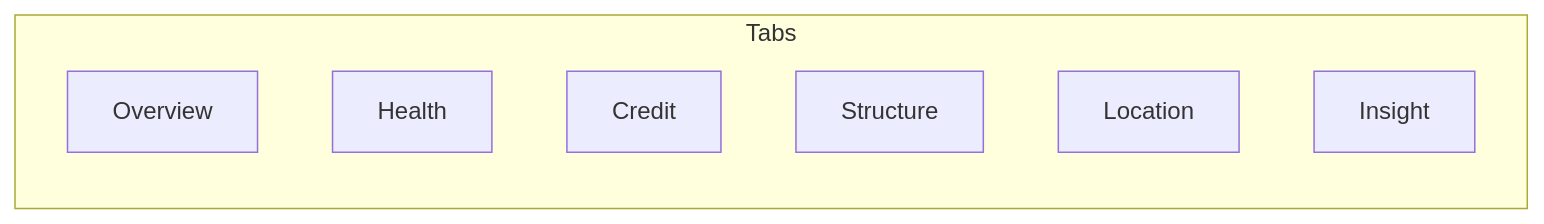
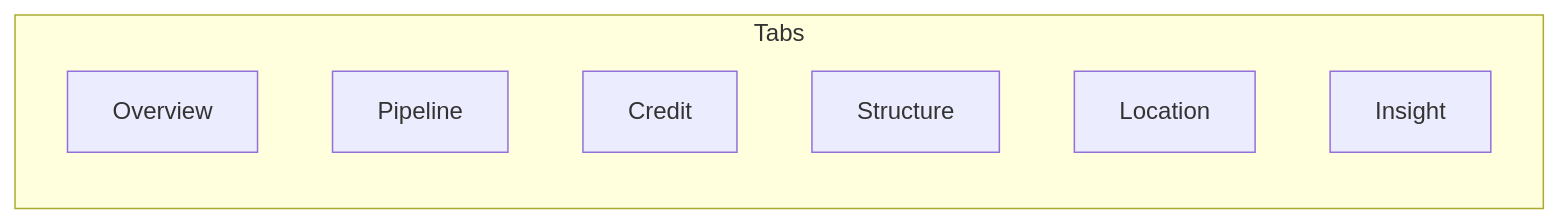
Before and after one commit to josers18/JDO: the first of 2 diagrams in DC_BusinessProfileWidget/docs/DIAGRAMS.md, drawn with Mermaid. The commit also changed 50 other files, not shown here.

````diff
--- a/DC_BusinessProfileWidget/docs/DIAGRAMS.md
+++ b/DC_BusinessProfileWidget/docs/DIAGRAMS.md
@@ -5,11 +5,11 @@
 ```mermaid
 flowchart LR
     subgraph Tabs
         O[Overview]
-        H[Health]
+        H[Pipeline]
         C[Credit]
         S[Structure]
         L[Location]
         I[Insight]
     end
 ```
````
